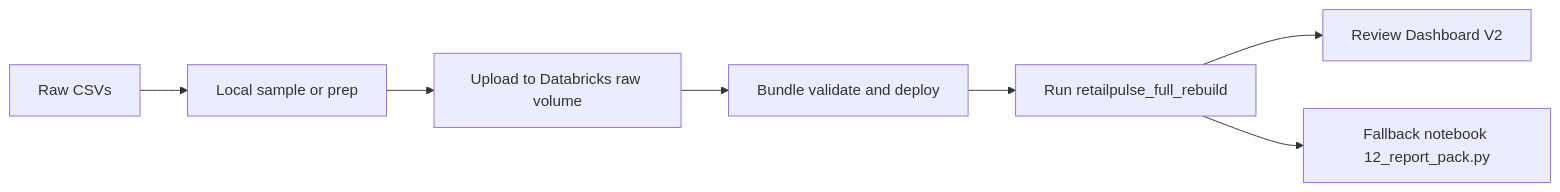
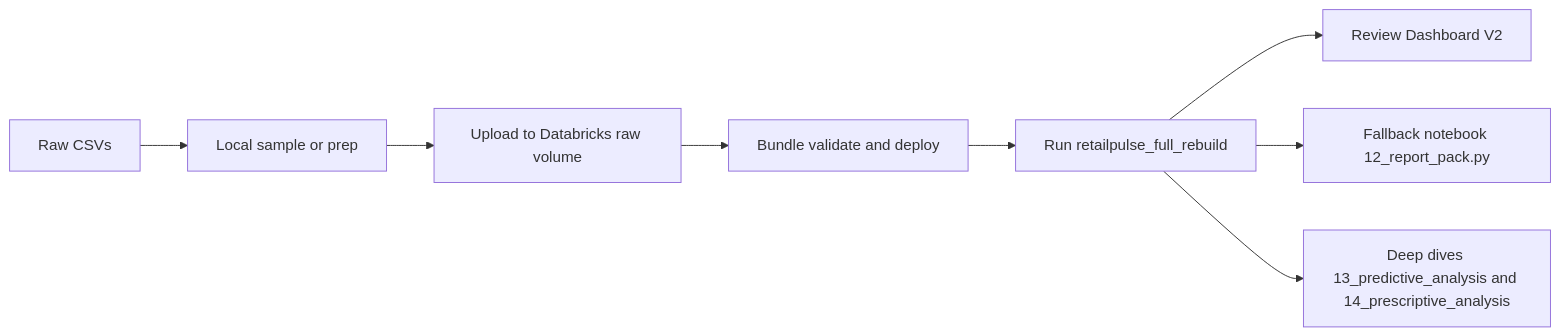
Before and after one commit to The-Harsh-Vardhan/RetailPulse: the diagram in HOW TO USE.md, drawn with Mermaid. The commit also changed other lines of this file and 39 other files, not shown here.

First line of the commit message:
Add predictive and prescriptive analysis notebooks

````diff
--- a/HOW TO USE.md
+++ b/HOW TO USE.md
@@ -65,9 +66,10 @@
 ```mermaid
 flowchart LR
     A[Raw CSVs] --> B[Local sample or prep]
     B --> C[Upload to Databricks raw volume]
     C --> D[Bundle validate and deploy]
     D --> E[Run retailpulse_full_rebuild]
     E --> F[Review Dashboard V2]
     E --> G[Fallback notebook 12_report_pack.py]
+    E --> H[Deep dives 13_predictive_analysis and 14_prescriptive_analysis]
 ```
````
